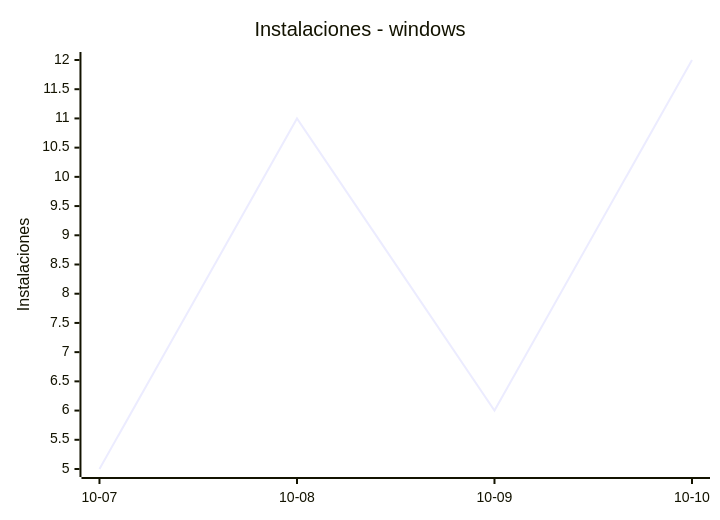
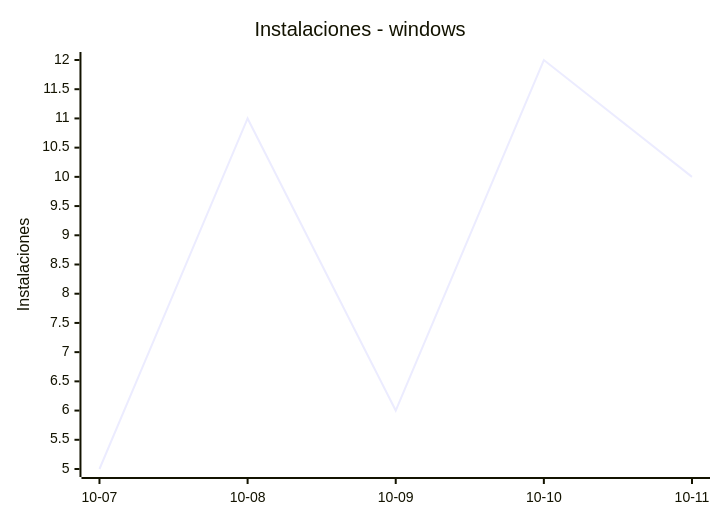
The sixth of 8 diagrams in README.md (EmuDeck/stats), drawn with Mermaid before and after one commit. The commit also changed other lines of this file and 2 other files, not shown here.

````diff
--- a/README.md
+++ b/README.md
@@ -68,7 +68,7 @@
 ```mermaid
 xychart-beta
     title "Instalaciones - windows"
-    x-axis ["10-07", "10-08", "10-09", "10-10"]
+    x-axis ["10-07", "10-08", "10-09", "10-10", "10-11"]
     y-axis "Instalaciones"
-    line [5, 11, 6, 12]
+    line [5, 11, 6, 12, 10]
 ```
````
